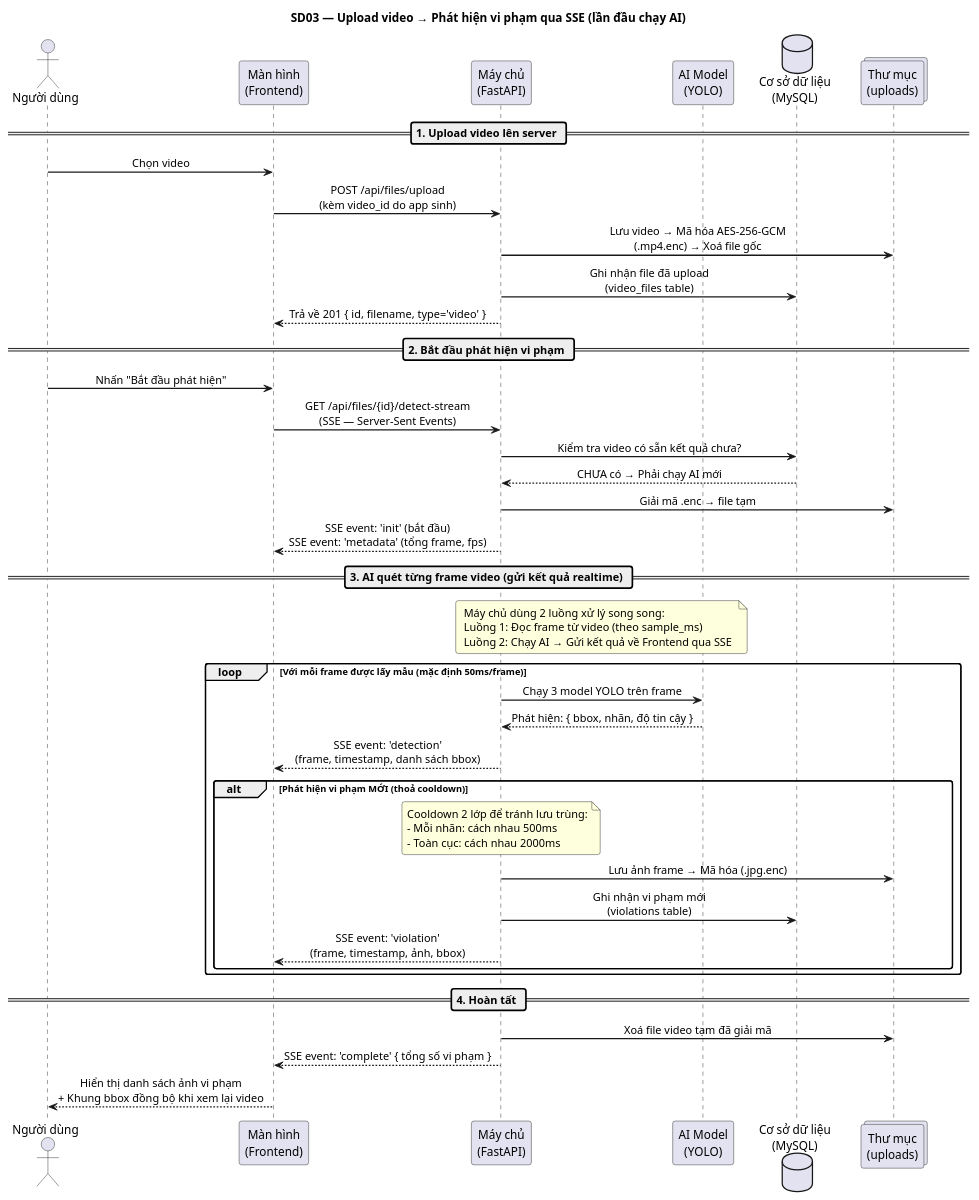
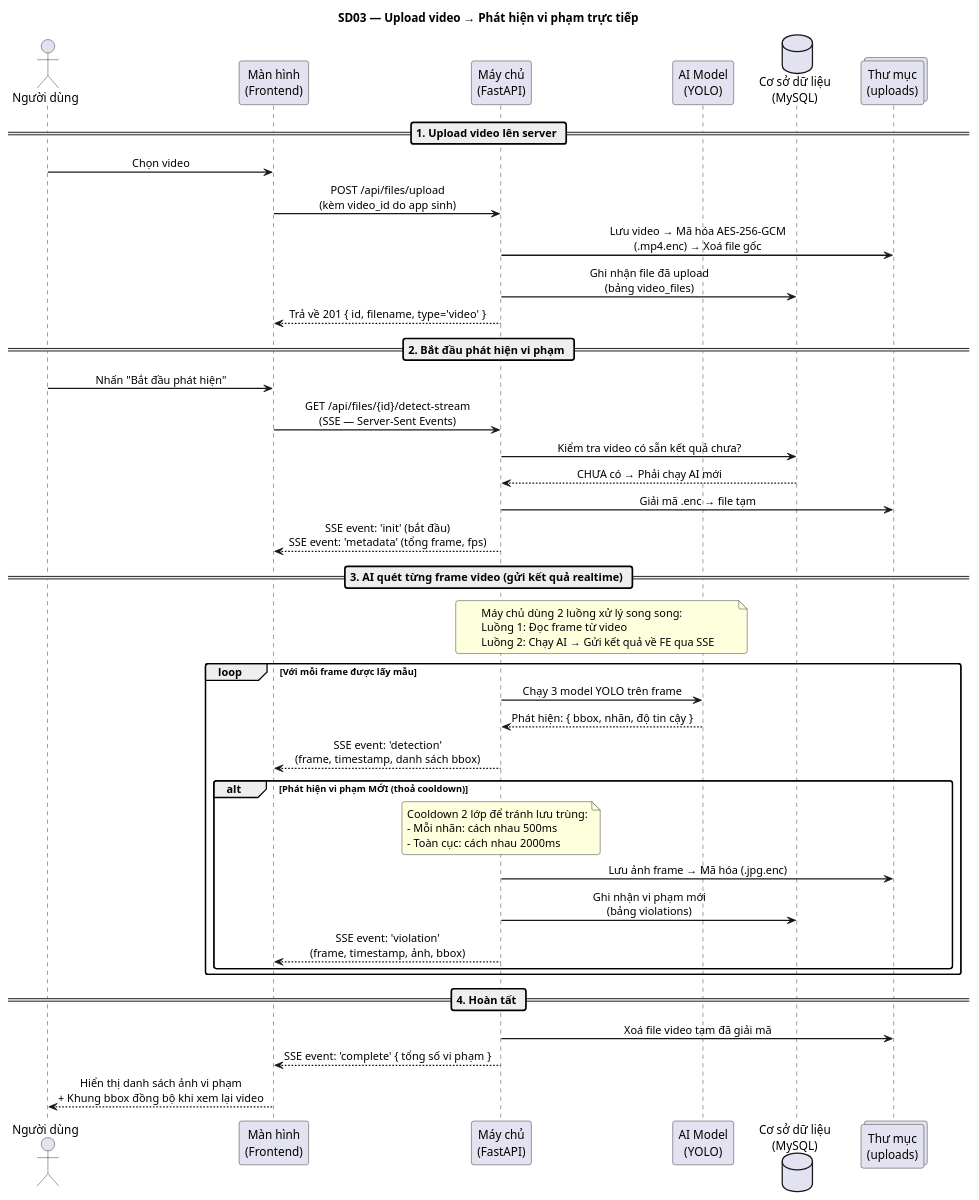
One commit to giangmichy/Do_an changed the third of 6 diagrams in 3SOC_Sequence_Diagrams_QA.puml. Above: the diagram before and after it, drawn with PlantUML. The commit also changed other lines of this file and 11 other files, not shown here.

```diff
--- a/3SOC_Sequence_Diagrams_QA.puml
+++ b/3SOC_Sequence_Diagrams_QA.puml
@@ -105,71 +105,71 @@
 @startuml SD03_DetectVideo
-title SD03 — Upload video → Phát hiện vi phạm qua SSE (lần đầu chạy AI)
+title SD03 — Upload video → Phát hiện vi phạm trực tiếp
 
 skinparam sequenceMessageAlign center
 skinparam ParticipantPadding 20
 skinparam BoxPadding 10
 skinparam sequenceArrowThickness 1.5
 skinparam roundcorner 6
 
 actor       "Người dùng" as User
 participant "Màn hình\n(Frontend)"  as FE
 participant "Máy chủ\n(FastAPI)"    as BE
 participant "AI Model\n(YOLO)"     as AI
 database    "Cơ sở dữ liệu\n(MySQL)" as DB
 collections "Thư mục\n(uploads)"    as Disk
 
 ' ========== BƯỚC 1: UPLOAD ==========
 == 1. Upload video lên server ==
 
 User -> FE : Chọn video
 FE -> BE : POST /api/files/upload\n(kèm video_id do app sinh)
 BE -> Disk : Lưu video → Mã hóa AES-256-GCM\n(.mp4.enc) → Xoá file gốc
-BE -> DB : Ghi nhận file đã upload\n(video_files table)
+BE -> DB : Ghi nhận file đã upload\n(bảng video_files)
 BE --> FE : Trả về 201 { id, filename, type='video' }
 
 ' ========== BƯỚC 2: BẮT ĐẦU DETECT ==========
 == 2. Bắt đầu phát hiện vi phạm ==
 
 User -> FE : Nhấn "Bắt đầu phát hiện"
 FE -> BE : GET /api/files/{id}/detect-stream\n(SSE — Server-Sent Events)
 BE -> DB : Kiểm tra video có sẵn kết quả chưa?
 
 DB --> BE : CHƯA có → Phải chạy AI mới
 
 BE -> Disk : Giải mã .enc → file tạm
 BE --> FE : SSE event: 'init' (bắt đầu)\nSSE event: 'metadata' (tổng frame, fps)
 
 ' ========== BƯỚC 3: AI QUÉT TỪNG FRAME ==========
 == 3. AI quét từng frame video (gửi kết quả realtime) ==
 
 note over BE, AI
   Máy chủ dùng 2 luồng xử lý song song:
-  Luồng 1: Đọc frame từ video (theo sample_ms)
-  Luồng 2: Chạy AI → Gửi kết quả về Frontend qua SSE
+  Luồng 1: Đọc frame từ video
+  Luồng 2: Chạy AI → Gửi kết quả về FE qua SSE
 end note
 
-loop Với mỗi frame được lấy mẫu (mặc định 50ms/frame)
+loop Với mỗi frame được lấy mẫu
     BE -> AI : Chạy 3 model YOLO trên frame
     AI --> BE : Phát hiện: { bbox, nhãn, độ tin cậy }
     BE --> FE : SSE event: 'detection'\n(frame, timestamp, danh sách bbox)
 
     alt Phát hiện vi phạm MỚI (thoả cooldown)
         note over BE
           Cooldown 2 lớp để tránh lưu trùng:
           - Mỗi nhãn: cách nhau 500ms
           - Toàn cục: cách nhau 2000ms
         end note
         BE -> Disk : Lưu ảnh frame → Mã hóa (.jpg.enc)
-        BE -> DB : Ghi nhận vi phạm mới\n(violations table)
+        BE -> DB : Ghi nhận vi phạm mới\n(bảng violations)
         BE --> FE : SSE event: 'violation'\n(frame, timestamp, ảnh, bbox)
     end
 end
 
 ' ========== BƯỚC 4: HOÀN TẤT ==========
 == 4. Hoàn tất ==
 
 BE -> Disk : Xoá file video tạm đã giải mã
 BE --> FE : SSE event: 'complete' { tổng số vi phạm }
 FE --> User : Hiển thị danh sách ảnh vi phạm\n+ Khung bbox đồng bộ khi xem lại video
 
 @enduml
```
